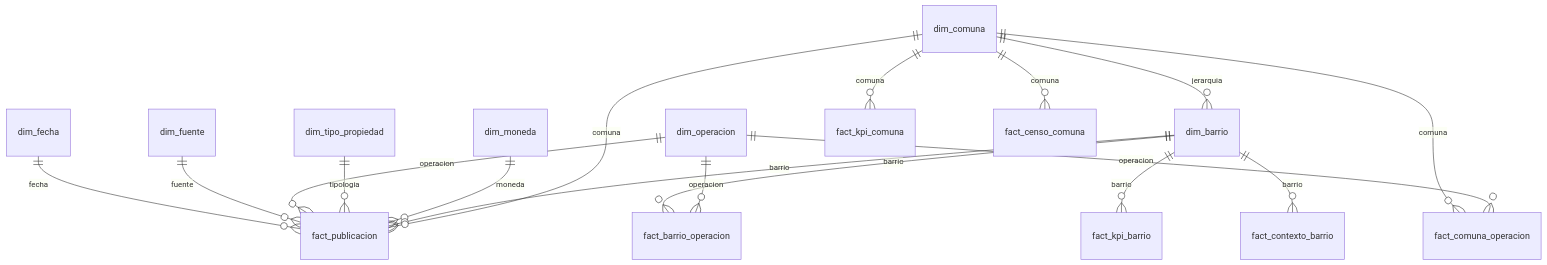
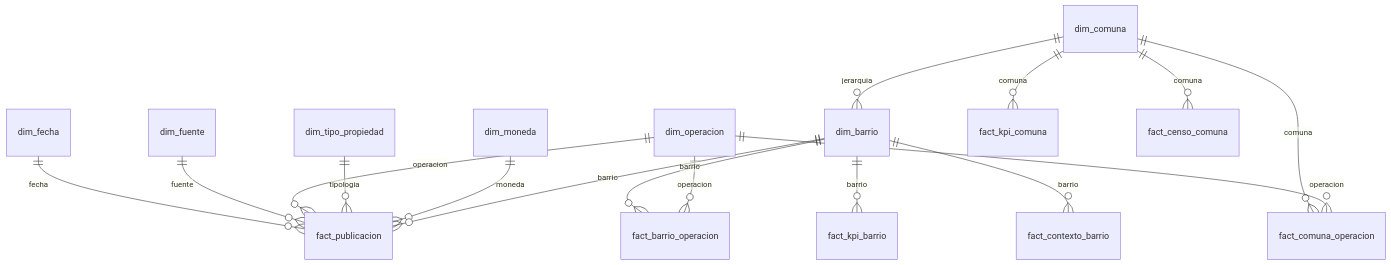
The diagram in docs/modelo_data_warehouse_dashboard.md (arirakowitba/TP_analitica_descriptiva_grupo1_2q2026), drawn with Mermaid before and after one commit. The commit also changed other lines of this file and 1 other file, not shown here.

````diff
--- a/docs/modelo_data_warehouse_dashboard.md
+++ b/docs/modelo_data_warehouse_dashboard.md
@@ -5,19 +5,18 @@
 ```mermaid
 erDiagram
     dim_fecha ||--o{ fact_publicacion : fecha
     dim_fuente ||--o{ fact_publicacion : fuente
     dim_operacion ||--o{ fact_publicacion : operacion
     dim_tipo_propiedad ||--o{ fact_publicacion : tipologia
     dim_moneda ||--o{ fact_publicacion : moneda
     dim_comuna ||--o{ dim_barrio : jerarquia
     dim_barrio ||--o{ fact_publicacion : barrio
-    dim_comuna ||--o{ fact_publicacion : comuna
     dim_barrio ||--o{ fact_barrio_operacion : barrio
     dim_operacion ||--o{ fact_barrio_operacion : operacion
     dim_barrio ||--o{ fact_kpi_barrio : barrio
     dim_comuna ||--o{ fact_comuna_operacion : comuna
     dim_operacion ||--o{ fact_comuna_operacion : operacion
     dim_comuna ||--o{ fact_kpi_comuna : comuna
     dim_barrio ||--o{ fact_contexto_barrio : barrio
     dim_comuna ||--o{ fact_censo_comuna : comuna
 ```
````
